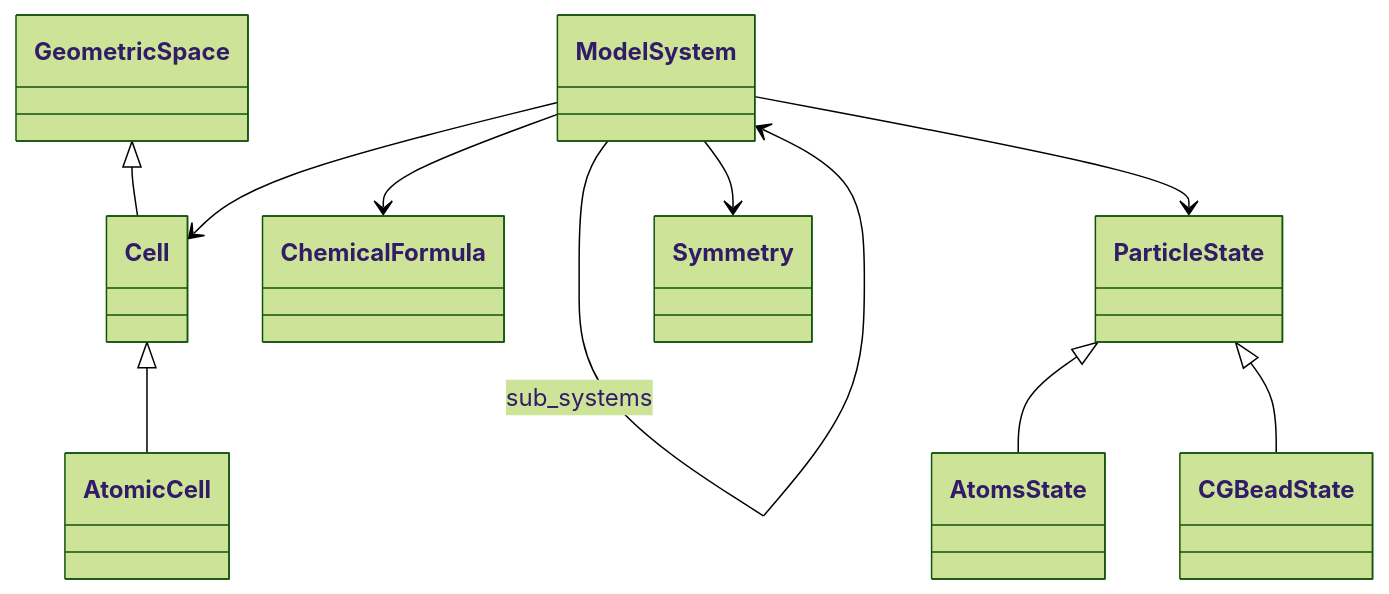
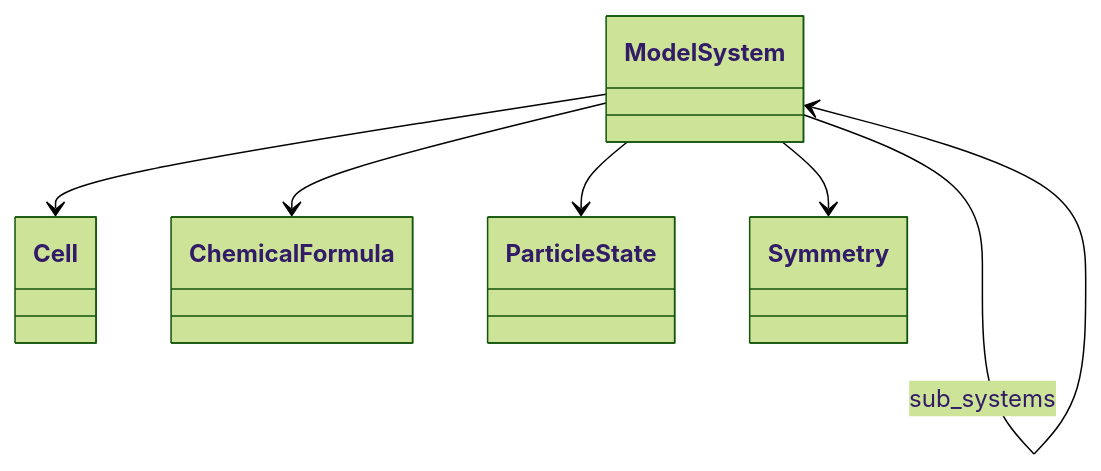
The diagram in docs/schema/model_system.diagram.md (FAIRmat-NFDI/nomad-simulations), drawn with Mermaid (forest theme) before and after one commit. The commit also changed 92 other files, not shown here.

````diff
--- a/docs/schema/model_system.diagram.md
+++ b/docs/schema/model_system.diagram.md
@@ -16,30 +16,18 @@
 ```mermaid
 classDiagram
-    class AtomicCell {
-    }
-    class AtomsState {
-    }
-    class CGBeadState {
-    }
     class Cell {
     }
     class ChemicalFormula {
-    }
-    class GeometricSpace {
     }
     class ModelSystem {
     }
     class ParticleState {
     }
     class Symmetry {
     }
-    Cell <|-- AtomicCell
-    ParticleState <|-- AtomsState
-    ParticleState <|-- CGBeadState
-    GeometricSpace <|-- Cell
     ModelSystem --> Cell
     ModelSystem --> ChemicalFormula
     ModelSystem --> ModelSystem : sub_systems
     ModelSystem --> ParticleState
     ModelSystem --> Symmetry
 ```
````
